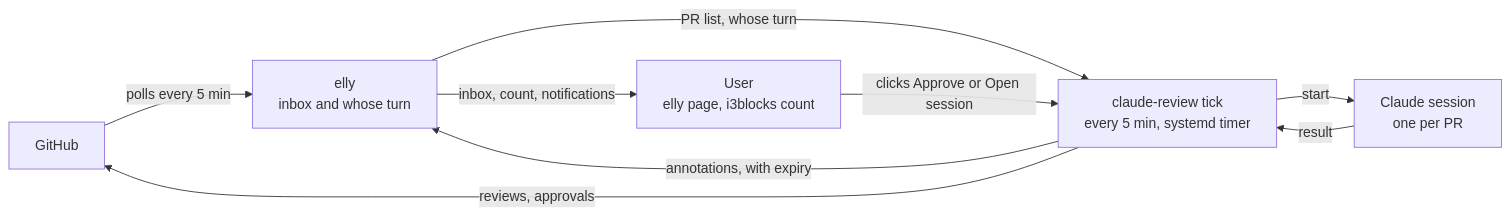
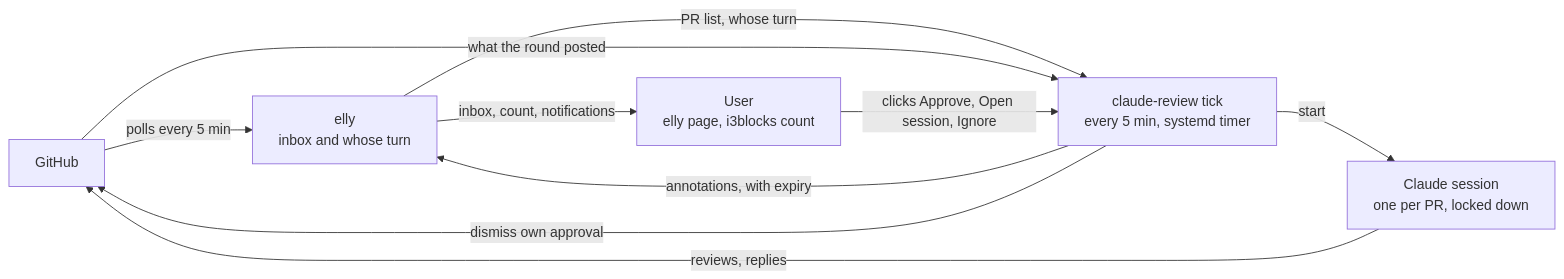
The diagram in claude-review/DESIGN.md (chelmertz/dotfiles), drawn with Mermaid before and after one commit. The commit also changed other lines of this file, not shown here.

First line of the commit message:
claude-review design: fold in the persona review

````diff
--- a/claude-review/DESIGN.md
+++ b/claude-review/DESIGN.md
@@ -57,17 +62,18 @@
 ```mermaid
 flowchart LR
     gh[GitHub]
     elly["elly<br/>inbox and whose turn"]
     tick["claude-review tick<br/>every 5 min, systemd timer"]
-    session["Claude session<br/>one per PR"]
+    session["Claude session<br/>one per PR, locked down"]
     user["User<br/>elly page, i3blocks count"]
 
     gh -- polls every 5 min --> elly
     elly -- PR list, whose turn --> tick
     tick -- annotations, with expiry --> elly
     tick -- start --> session
-    session -- result --> tick
-    tick -- reviews, approvals --> gh
+    session -- reviews, replies --> gh
+    gh -- what the round posted --> tick
+    tick -- dismiss own approval --> gh
     elly -- inbox, count, notifications --> user
-    user -- clicks Approve or Open session --> tick
+    user -- clicks Approve, Open session, Ignore --> tick
 ```
````
